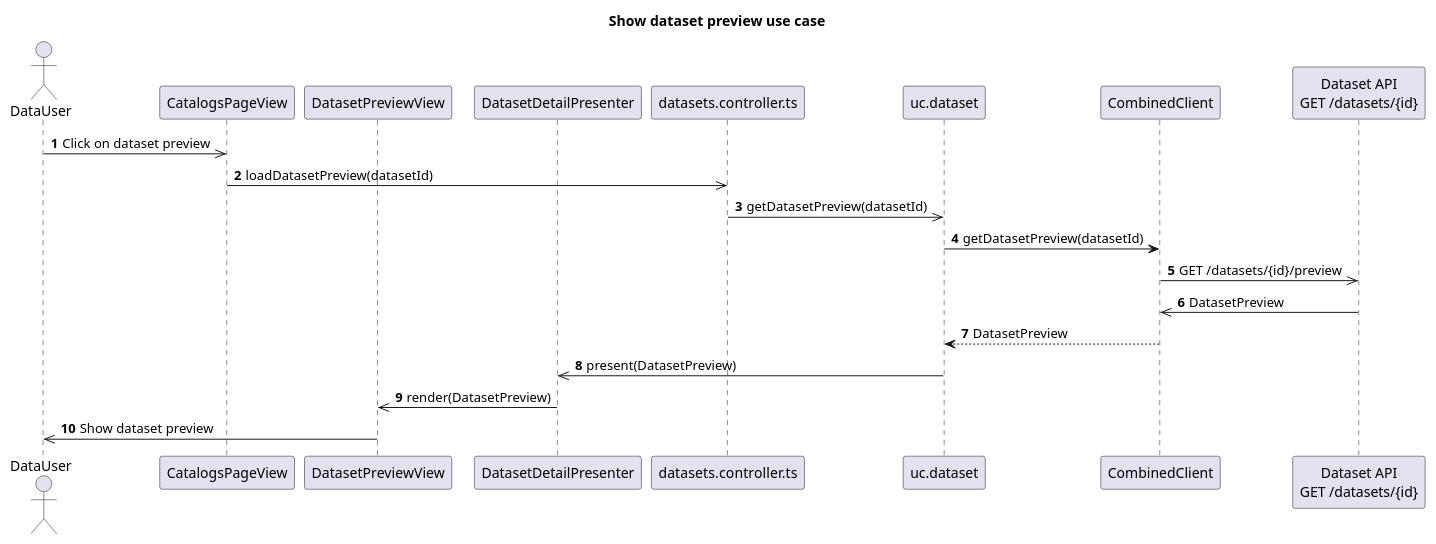
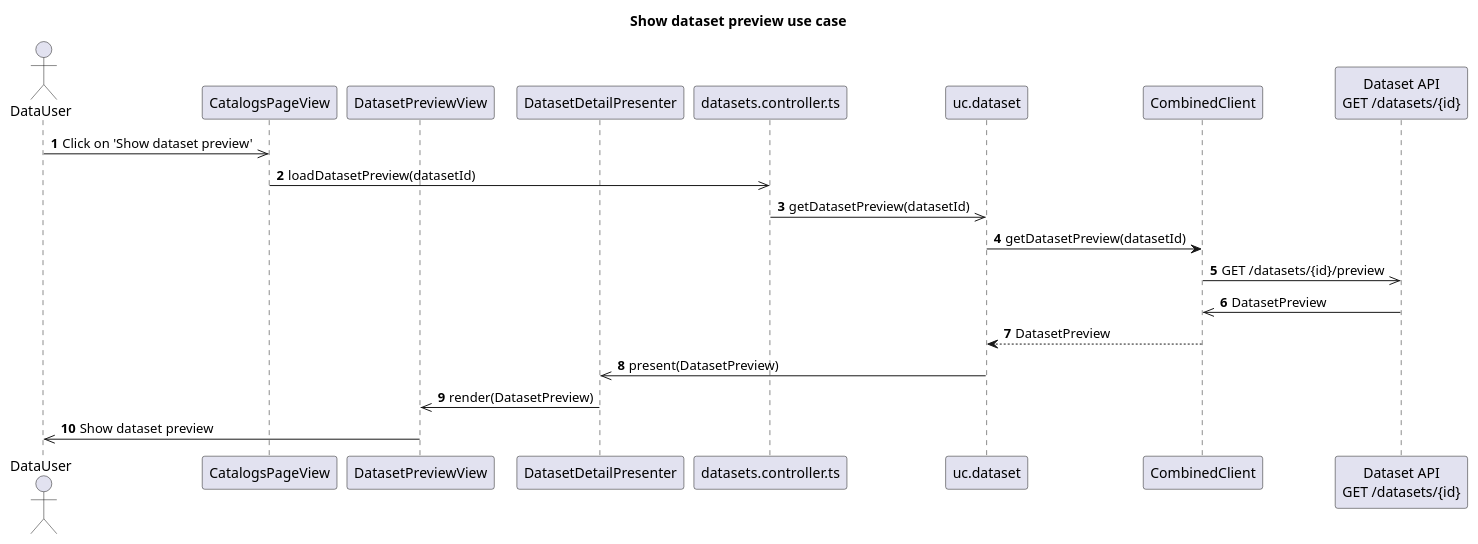
Before and after one commit to POP2025-EEPW/doorce-frontend: the diagram in diagrams/sequence/getDatasetPreview.puml, drawn with PlantUML. The commit also changed 12 other files, not shown here.

```diff
--- a/diagrams/sequence/getDatasetPreview.puml
+++ b/diagrams/sequence/getDatasetPreview.puml
@@ -1,26 +1,26 @@
 @startuml
 title Show dataset preview use case
 autonumber
 
 actor DataUser as User
 
 participant "CatalogsPageView" as CatalogsPageView
 participant "DatasetPreviewView" as View
 participant "DatasetDetailPresenter" as Presenter
 participant "datasets.controller.ts" as Controller
 participant "uc.dataset" as UseCase
 participant "CombinedClient" as Client
 participant "Dataset API\nGET /datasets/{id}" as Http
 
-User ->> CatalogsPageView : Click on dataset preview
+User ->> CatalogsPageView : Click on 'Show dataset preview'
 CatalogsPageView ->> Controller : loadDatasetPreview(datasetId)
 Controller ->> UseCase : getDatasetPreview(datasetId)
 UseCase -> Client : getDatasetPreview(datasetId)
 Client ->> Http : GET /datasets/{id}/preview
 Http ->> Client : DatasetPreview
 Client --> UseCase : DatasetPreview
 UseCase ->> Presenter : present(DatasetPreview)
 Presenter ->> View : render(DatasetPreview)
 View ->> User : Show dataset preview
 
 @enduml
```
